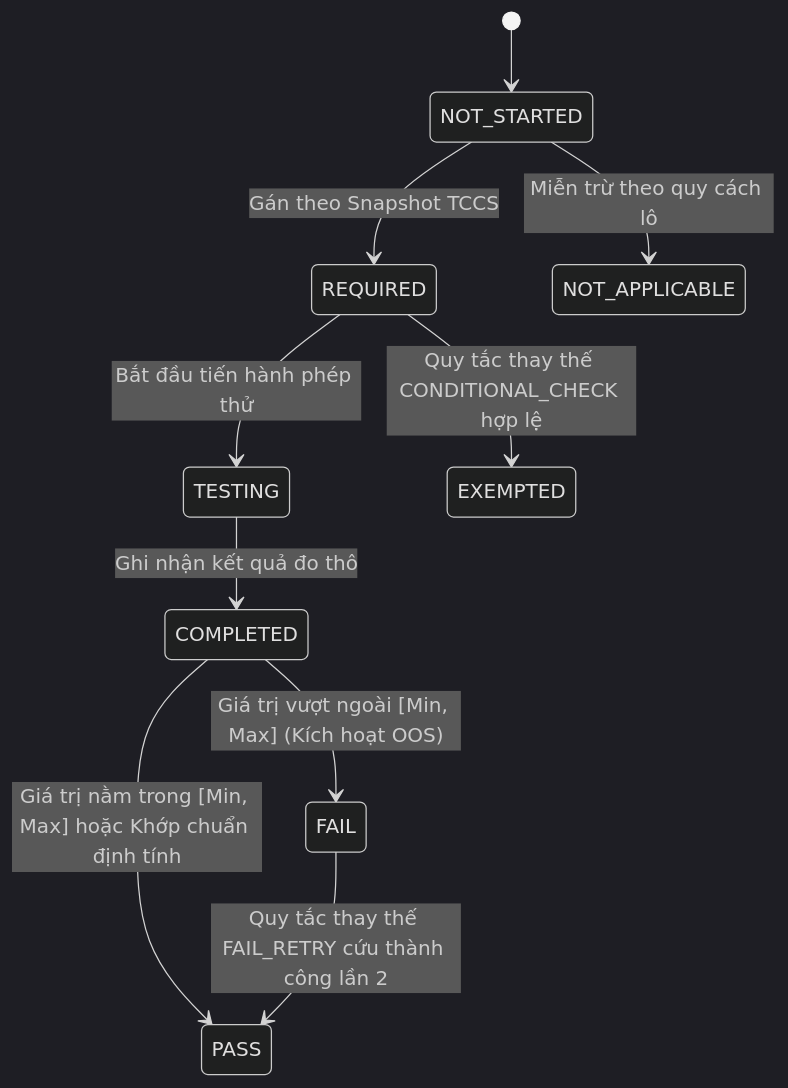
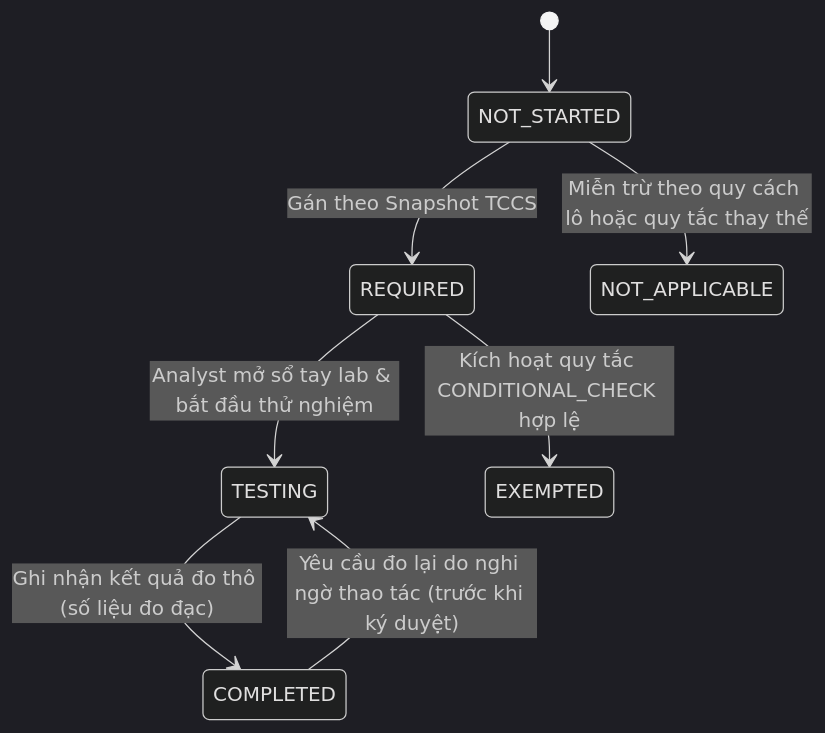
Before and after one commit to bacnam1994/PQM: the third of 4 diagrams in docs/contracts/STATE_MACHINES.md, drawn with Mermaid (dark theme). The commit also changed other lines of this file and 31 other files, not shown here.

````diff
--- a/docs/contracts/STATE_MACHINES.md
+++ b/docs/contracts/STATE_MACHINES.md
@@ -128,15 +132,12 @@
 ```mermaid
 stateDiagram-v2
     [*] --> NOT_STARTED
     NOT_STARTED --> REQUIRED: Gán theo Snapshot TCCS
-    NOT_STARTED --> NOT_APPLICABLE: Miễn trừ theo quy cách lô
+    NOT_STARTED --> NOT_APPLICABLE: Miễn trừ theo quy cách lô hoặc quy tắc thay thế
 
-    REQUIRED --> TESTING: Bắt đầu tiến hành phép thử
-    REQUIRED --> EXEMPTED: Quy tắc thay thế CONDITIONAL_CHECK hợp lệ
+    REQUIRED --> TESTING: Analyst mở sổ tay lab & bắt đầu thử nghiệm
+    REQUIRED --> EXEMPTED: Kích hoạt quy tắc CONDITIONAL_CHECK hợp lệ
 
-    TESTING --> COMPLETED: Ghi nhận kết quả đo thô
-    COMPLETED --> PASS: Giá trị nằm trong [Min, Max] hoặc Khớp chuẩn định tính
-    COMPLETED --> FAIL: Giá trị vượt ngoài [Min, Max] (Kích hoạt OOS)
-
-    FAIL --> PASS: Quy tắc thay thế FAIL_RETRY cứu thành công lần 2
+    TESTING --> COMPLETED: Ghi nhận kết quả đo thô (số liệu đo đạc)
+    COMPLETED --> TESTING: Yêu cầu đo lại do nghi ngờ thao tác (trước khi ký duyệt)
 ```
````
